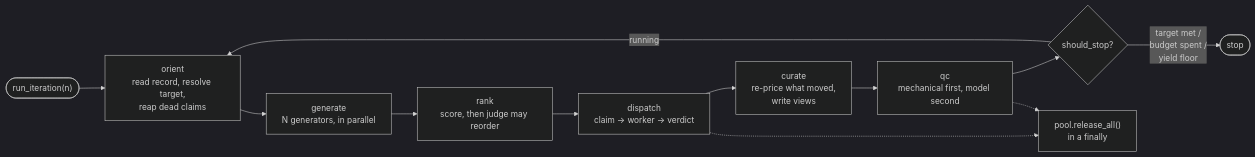
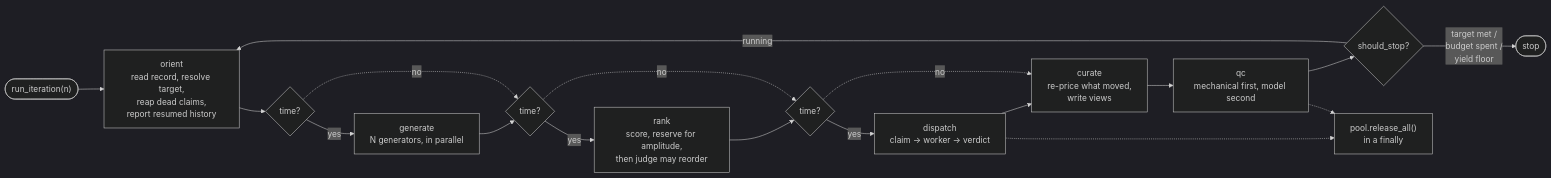
One commit to Ryun1/auto-research-toolkit changed the second of 6 diagrams in docs/ARCHITECTURE.md. Above: the diagram before and after it, drawn with Mermaid (dark theme). The commit also changed other lines of this file and 2 other files, not shown here.

First line of the commit message:
Docs: catch the record up with three rounds of commits (#4)

````diff
--- a/docs/ARCHITECTURE.md
+++ b/docs/ARCHITECTURE.md
@@ -60,19 +69,30 @@
 ```mermaid
 flowchart LR
     start(["run_iteration(n)"]) --> orient
-    orient["orient<br/>read record, resolve target,<br/>reap dead claims"]
+    orient["orient<br/>read record, resolve target,<br/>reap dead claims,<br/>report resumed history"]
     generate["generate<br/>N generators, in parallel"]
-    rankp["rank<br/>score, then judge may reorder"]
+    rankp["rank<br/>score, reserve for amplitude,<br/>then judge may reorder"]
     dispatch["dispatch<br/>claim → worker → verdict"]
     curate["curate<br/>re-price what moved,<br/>write views"]
     qc["qc<br/>mechanical first, model second"]
     stop{"should_stop?"}
 
-    orient --> generate --> rankp --> dispatch --> curate --> qc --> stop
+    c1{"time?"}
+    c2{"time?"}
+    c3{"time?"}
+
+    orient --> c1
+    c1 -->|"yes"| generate --> c2
+    c2 -->|"yes"| rankp --> c3
+    c3 -->|"yes"| dispatch --> curate
+    c1 -.->|"no"| c2
+    c2 -.->|"no"| c3
+    c3 -.->|"no"| curate
+    curate --> qc --> stop
     stop -->|"running"| orient
     stop -->|"target met /<br/>budget spent /<br/>yield floor"| done(["stop"])
 
     teardown["pool.release_all()<br/>in a finally"]
     dispatch -.-> teardown
     qc -.-> teardown
 ```
````
